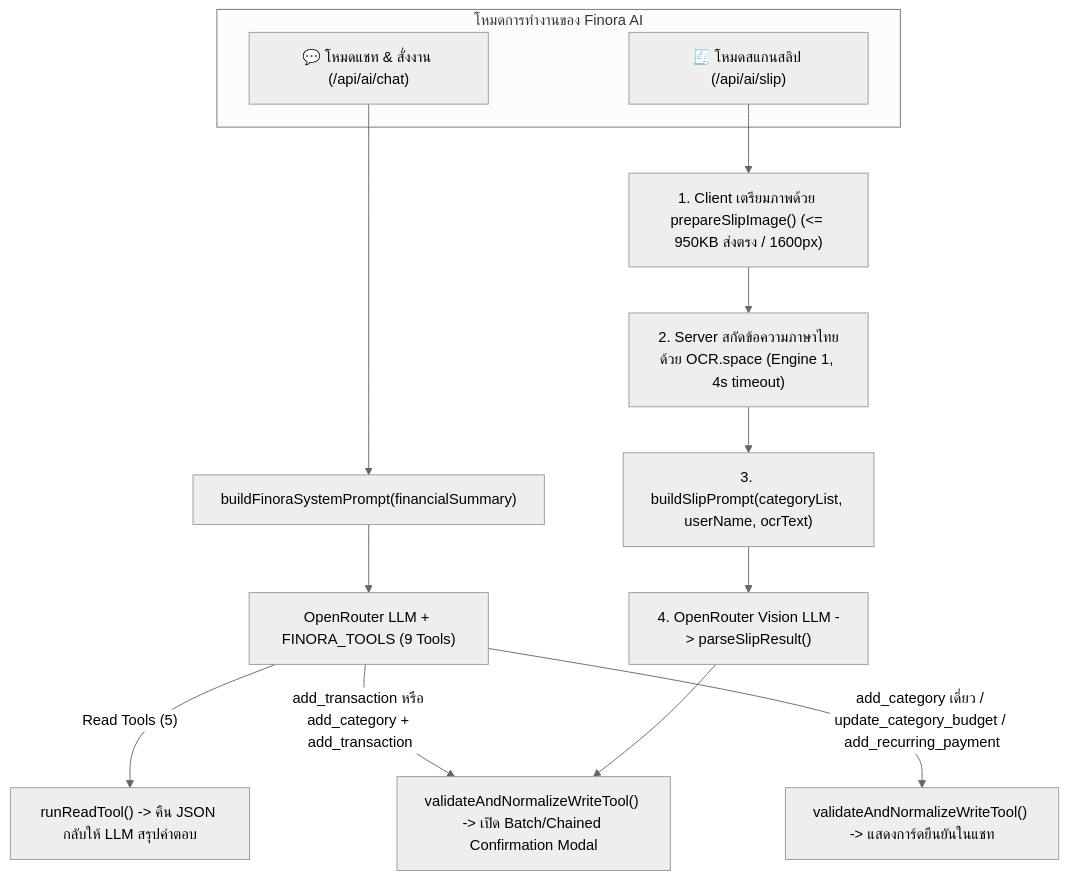
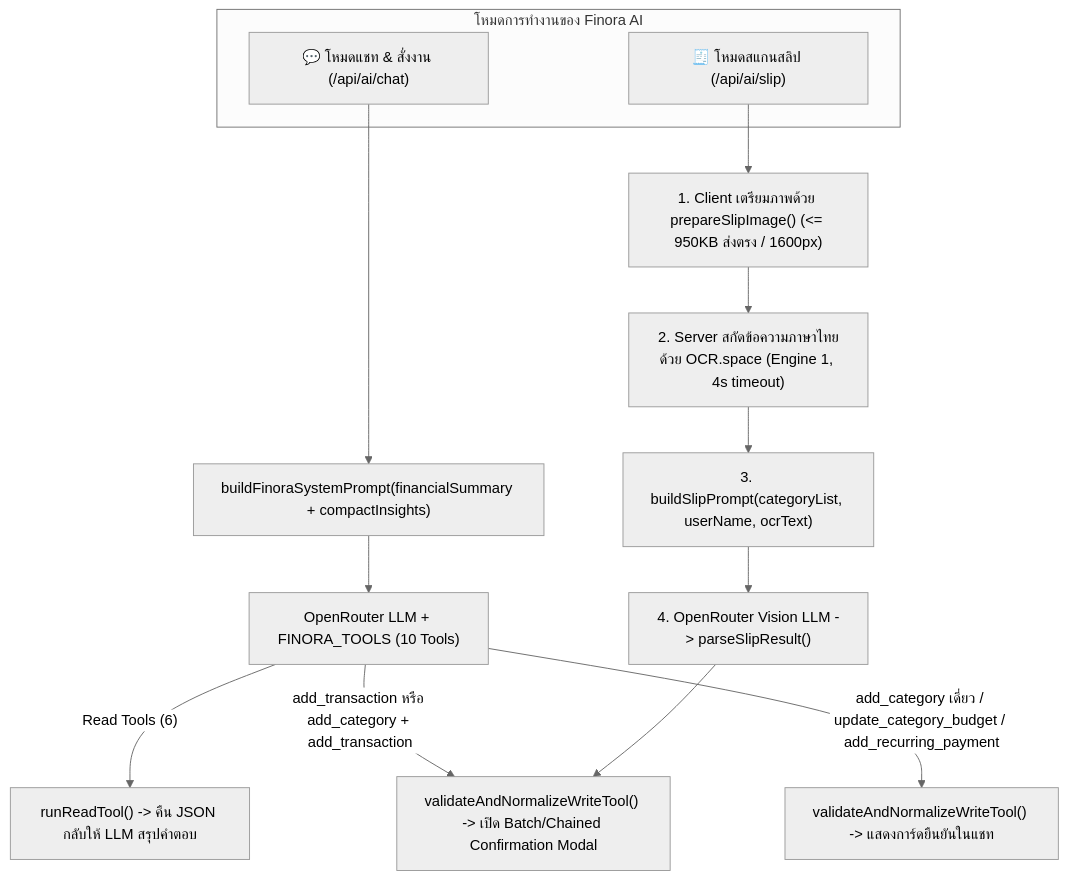
Before and after one commit to ratchanonswu/Finora: the diagram in docs/AI_TOOLS_AND_PROMPTS.md, drawn with Mermaid (neutral theme). The commit also changed other lines of this file and 1 other file, not shown here.

First line of the commit message:
docs(ai): sync tool catalog and architecture docs for v2.9.0

````diff
--- a/docs/AI_TOOLS_AND_PROMPTS.md
+++ b/docs/AI_TOOLS_AND_PROMPTS.md
@@ -35,20 +36,20 @@
 ```mermaid
 flowchart TD
     subgraph Modes["โหมดการทำงานของ Finora AI"]
         Chat["💬 โหมดแชท & สั่งงาน (/api/ai/chat)"]
         Slip["🧾 โหมดสแกนสลิป (/api/ai/slip)"]
     end
 
-    Chat --> SysPrompt["buildFinoraSystemPrompt(financialSummary)"]
-    SysPrompt --> ORChat["OpenRouter LLM + FINORA_TOOLS (9 Tools)"]
+    Chat --> SysPrompt["buildFinoraSystemPrompt(financialSummary + compactInsights)"]
+    SysPrompt --> ORChat["OpenRouter LLM + FINORA_TOOLS (10 Tools)"]
 
-    ORChat -->|"Read Tools (5)"| AutoRun["runReadTool() -> คืน JSON กลับให้ LLM สรุปคำตอบ"]
+    ORChat -->|"Read Tools (6)"| AutoRun["runReadTool() -> คืน JSON กลับให้ LLM สรุปคำตอบ"]
     ORChat -->|"add_transaction หรือ add_category + add_transaction"| BatchModal["validateAndNormalizeWriteTool() -> เปิด Batch/Chained Confirmation Modal"]
     ORChat -->|"add_category เดี่ยว / update_category_budget / add_recurring_payment"| CardConfirm["validateAndNormalizeWriteTool() -> แสดงการ์ดยืนยันในแชท"]
 
     Slip --> ClientPrep["1. Client เตรียมภาพด้วย prepareSlipImage() (<= 950KB ส่งตรง / 1600px)"]
     ClientPrep --> ServerOCR["2. Server สกัดข้อความภาษาไทยด้วย OCR.space (Engine 1, 4s timeout)"]
     ServerOCR --> VisionPrompt["3. buildSlipPrompt(categoryList, userName, ocrText)"]
     VisionPrompt --> ORVision["4. OpenRouter Vision LLM -> parseSlipResult()"]
     ORVision --> BatchModal
 ```
````
